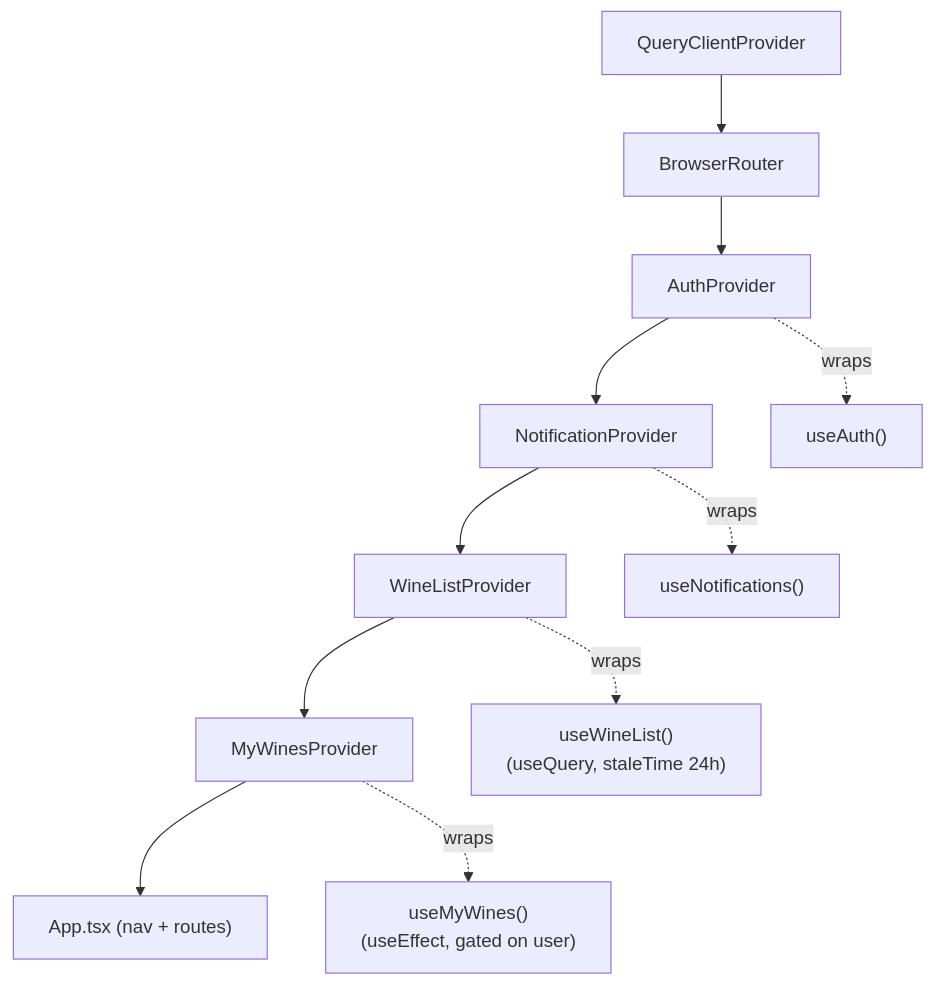
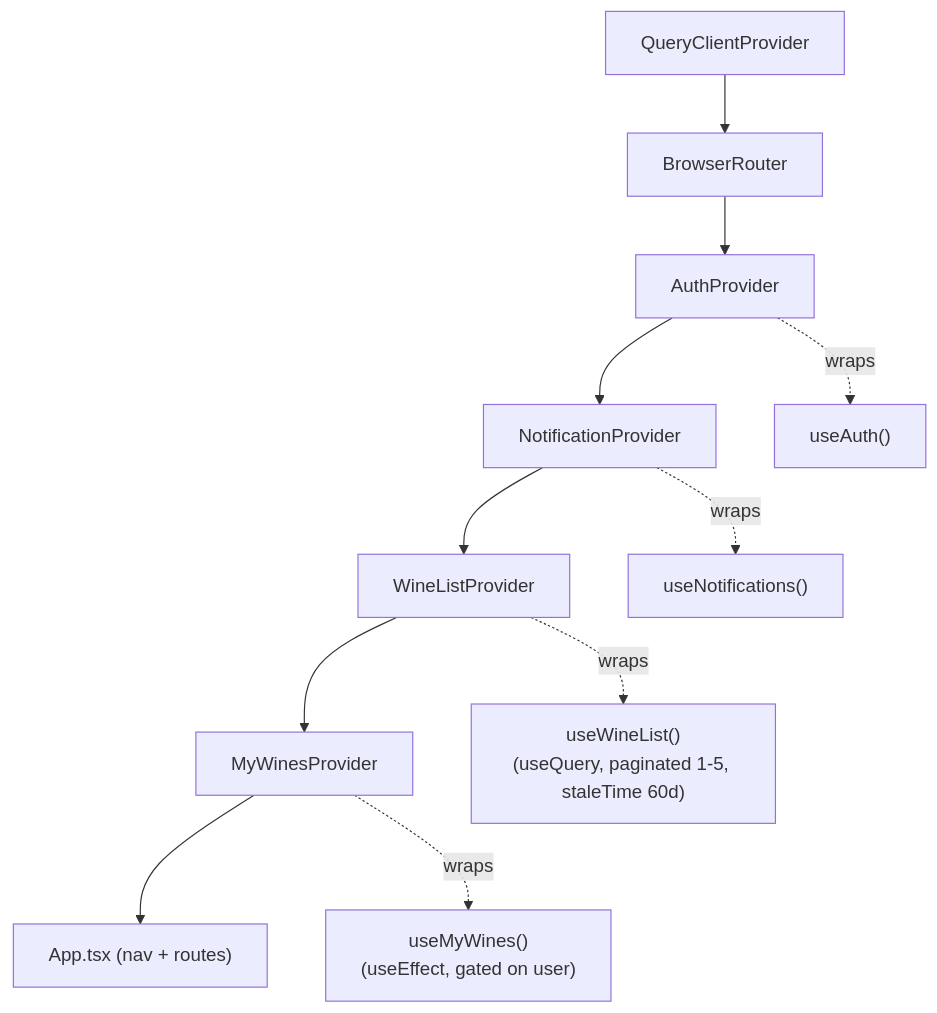
Before and after one commit to vsvala/KnowWine-AI: the first of 6 diagrams in front/docs/ARCHITECTURE.md, drawn with Mermaid. The commit also changed other lines of this file and 3 other files, not shown here.

````diff
--- a/front/docs/ARCHITECTURE.md
+++ b/front/docs/ARCHITECTURE.md
@@ -81,14 +85,14 @@
 ```mermaid
 graph TD
     QCP["QueryClientProvider"] --> Router["BrowserRouter"]
     Router --> AuthProvider
     AuthProvider --> NotificationProvider
     NotificationProvider --> WineListProvider
     WineListProvider --> MyWinesProvider
     MyWinesProvider --> App["App.tsx (nav + routes)"]
 
     AuthProvider -.wraps.-> useAuth["useAuth()"]
     NotificationProvider -.wraps.-> useNotifications["useNotifications()"]
-    WineListProvider -.wraps.-> useWineList["useWineList()\n(useQuery, staleTime 24h)"]
+    WineListProvider -.wraps.-> useWineList["useWineList()\n(useQuery, paginated 1-5, staleTime 60d)"]
     MyWinesProvider -.wraps.-> useMyWines["useMyWines()\n(useEffect, gated on user)"]
 ```
````
